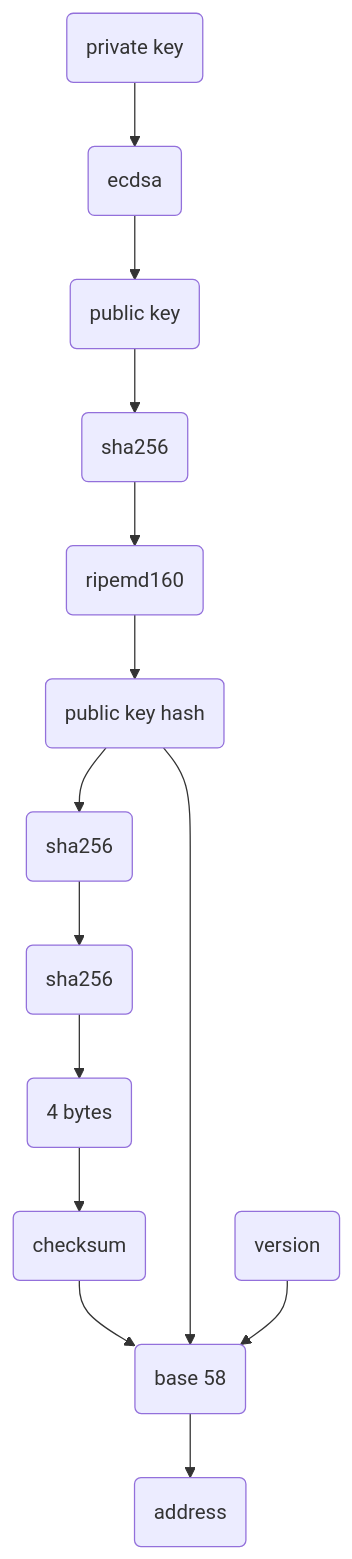
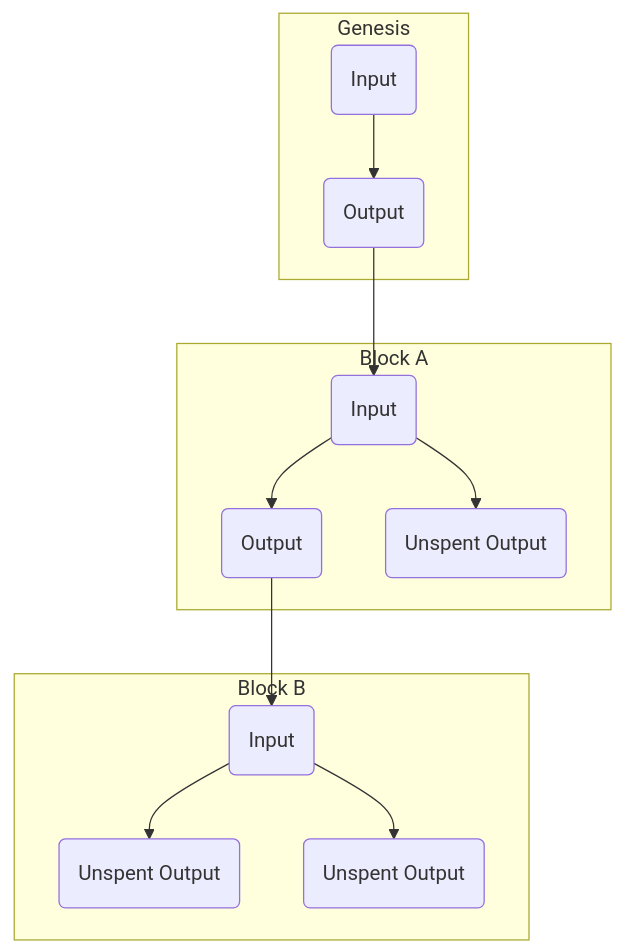
Before and after one commit to tensor-programming/golang-blockchain: the diagram in wallet.mmd, drawn with Mermaid. The commit also changed 6 other files, not shown here.

```diff
--- a/wallet.mmd
+++ b/wallet.mmd
@@ -1,16 +1,16 @@
-graph TB
-pr(private key) --> ec(ecdsa)
-ec --> pb(public key) 
+graph TD
+subgraph Genesis
+i1(Input) --> o1(Output)
+end
 
-pb --> s(sha256) 
-s --> r(ripemd160) 
-r --> k(public key hash)
-k --> s1(sha256)
-s1 --> s2(sha256)
-s2 --> e(4 bytes)
-e --> c
-c(checksum)
-c --> b(base 58)
-k --> b
-v(version) --> b
-b --> a(address) 
+subgraph Block A
+i2(Input) --> o2(Output)
+o1 --> i2
+i2 --> o3(Unspent Output)
+end
+
+subgraph Block B
+i3(Input) --> o4(Unspent  Output)
+o2 --> i3
+i3 --> o5(Unspent Output)
+end
```
